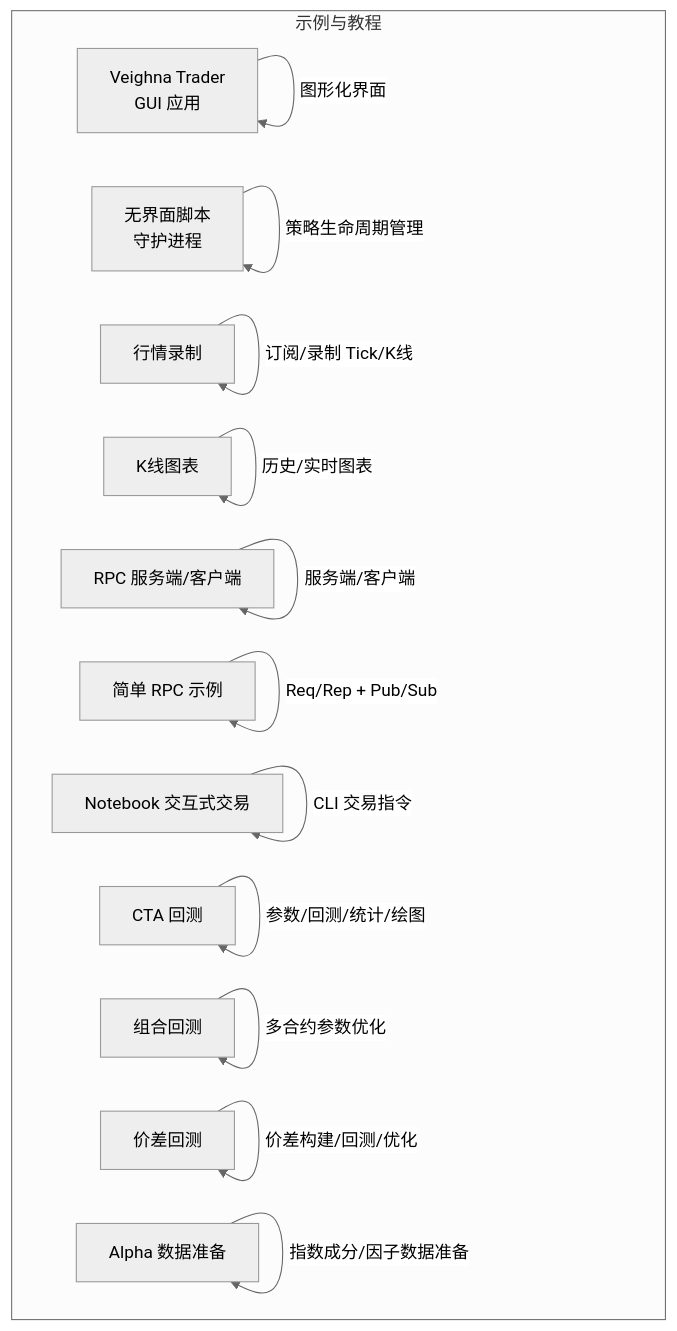
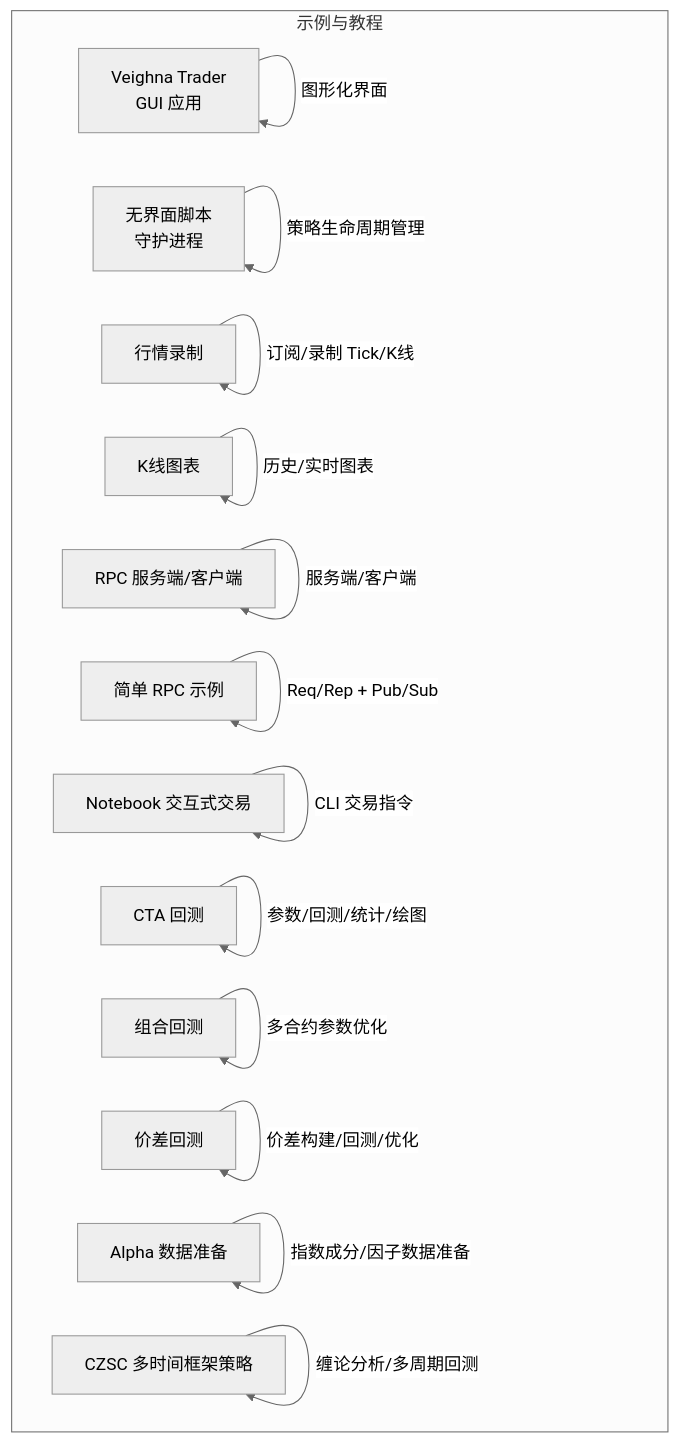
One commit to maxtwoon/vnpy changed the first of 14 diagrams in .qoder/repowiki/zh/content/示例和教程/示例和教程.md. Above: the diagram before and after it, drawn with Mermaid (neutral theme). The commit also changed other lines of this file and 3 other files, not shown here.

````diff
--- a/.qoder/repowiki/zh/content/示例和教程/示例和教程.md
+++ b/.qoder/repowiki/zh/content/示例和教程/示例和教程.md
@@ -54,27 +68,29 @@
 ```mermaid
 graph TB
 subgraph "示例与教程"
 A["Veighna Trader<br/>GUI 应用"]
 B["无界面脚本<br/>守护进程"]
 C["行情录制"]
 D["K线图表"]
 E["RPC 服务端/客户端"]
 F["简单 RPC 示例"]
 G["Notebook 交互式交易"]
 H["CTA 回测"]
 I["组合回测"]
 J["价差回测"]
 K["Alpha 数据准备"]
+L["CZSC 多时间框架策略"]
 end
 A --> |"图形化界面"| A
 B --> |"策略生命周期管理"| B
 C --> |"订阅/录制 Tick/K线"| C
 D --> |"历史/实时图表"| D
 E --> |"服务端/客户端"| E
 F --> |"Req/Rep + Pub/Sub"| F
 G --> |"CLI 交易指令"| G
 H --> |"参数/回测/统计/绘图"| H
 I --> |"多合约参数优化"| I
 J --> |"价差构建/回测/优化"| J
 K --> |"指数成分/因子数据准备"| K
+L --> |"缠论分析/多周期回测"| L
 ```
````
